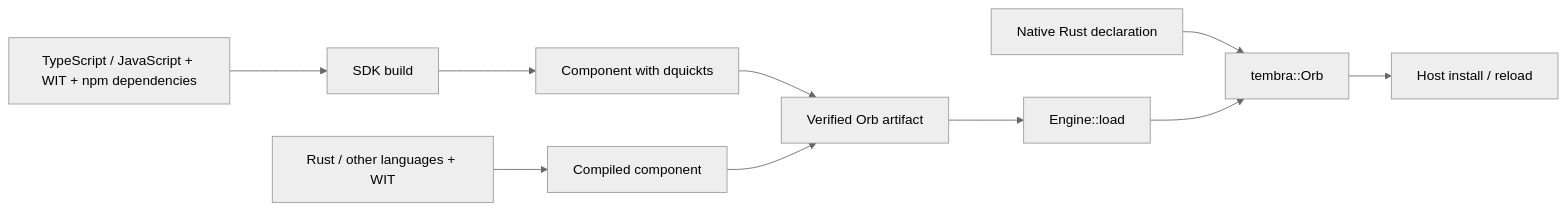
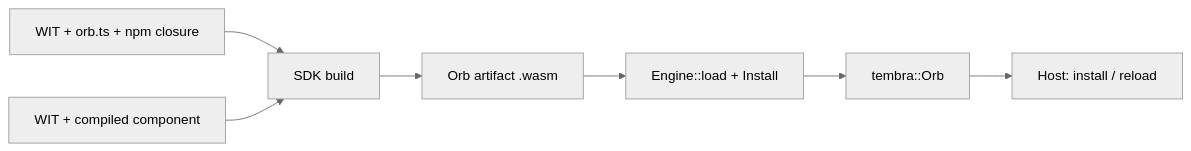
Before and after one commit to syntropika/tembra: the diagram in crates/executor-wasm/README.md, drawn with Mermaid (neutral theme). The commit also changed other lines of this file and 387 other files, not shown here.

````diff
--- a/crates/executor-wasm/README.md
+++ b/crates/executor-wasm/README.md
@@ -13,12 +19,9 @@
 ```mermaid
 flowchart LR
-    TS[TypeScript / JavaScript + WIT + npm dependencies] --> SDK[SDK build]
-    SDK --> JS[Component with dquickts]
-    OTHER[Rust / other languages + WIT] --> WASM[Compiled component]
-    JS --> ARTIFACT[Verified Orb artifact]
-    WASM --> ARTIFACT
-    ARTIFACT --> LOAD[Engine::load]
-    NATIVE[Native Rust declaration] --> ORB[tembra::Orb]
-    LOAD --> ORB
-    ORB --> HOST[Host install / reload]
+    A[WIT + orb.ts + npm closure] --> B[SDK build]
+    C[WIT + compiled component] --> B
+    B --> D[Orb artifact .wasm]
+    D --> E[Engine::load + Install]
+    E --> F[tembra::Orb]
+    F --> G[Host: install / reload]
 ```
````
